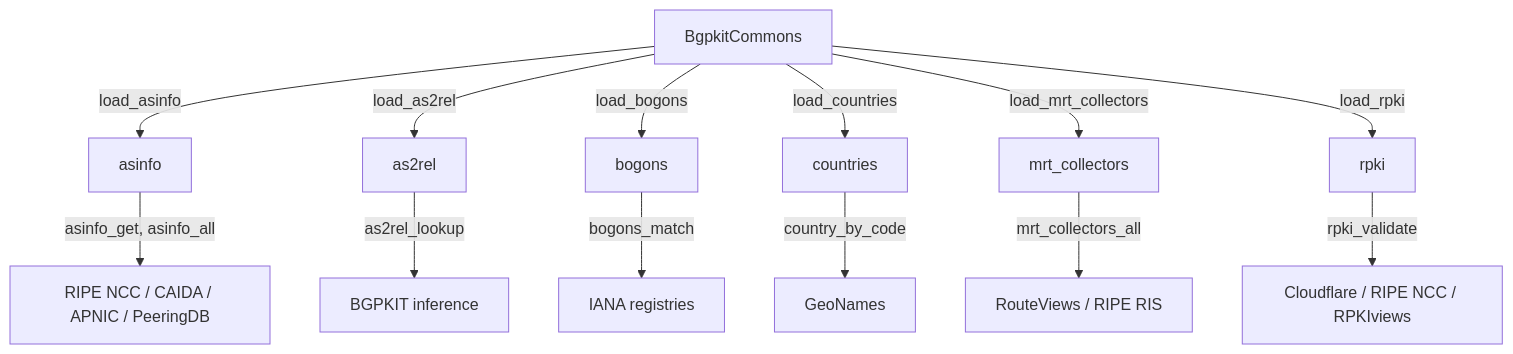
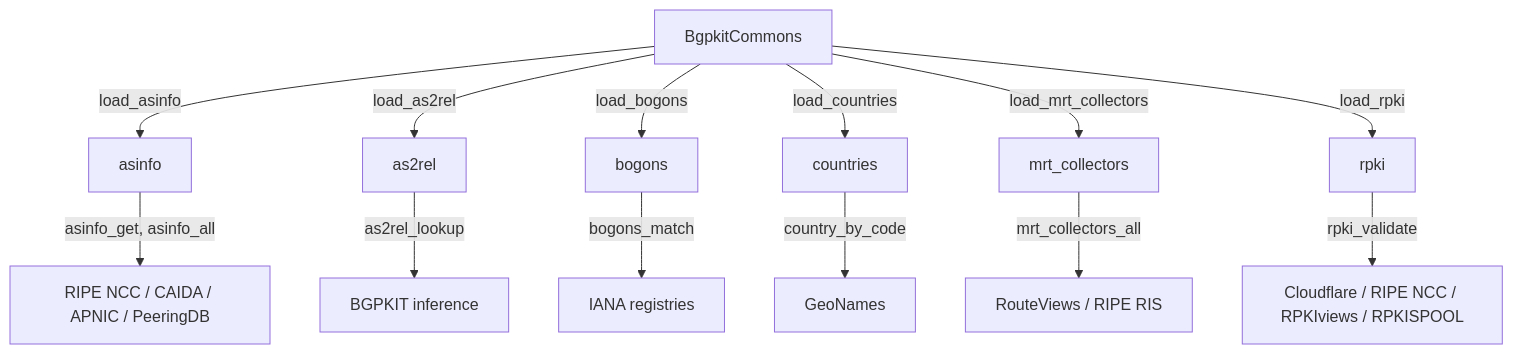
The diagram in README.md (bgpkit/bgpkit-commons), drawn with Mermaid before and after one commit. The commit also changed other lines of this file and 6 other files, not shown here.

````diff
--- a/README.md
+++ b/README.md
@@ -14,18 +14,18 @@
 ```mermaid
 graph TD
     B[BgpkitCommons]
 
     B -->|load_asinfo| M1[asinfo]
     B -->|load_as2rel| M2[as2rel]
     B -->|load_bogons| M3[bogons]
     B -->|load_countries| M4[countries]
     B -->|load_mrt_collectors| M5[mrt_collectors]
     B -->|load_rpki| M6[rpki]
 
     M1 -->|asinfo_get, asinfo_all| A1[RIPE NCC / CAIDA / APNIC / PeeringDB]
     M2 -->|as2rel_lookup| A2[BGPKIT inference]
     M3 -->|bogons_match| A3[IANA registries]
     M4 -->|country_by_code| A4[GeoNames]
     M5 -->|mrt_collectors_all| A5[RouteViews / RIPE RIS]
-    M6 -->|rpki_validate| A6[Cloudflare / RIPE NCC / RPKIviews]
+    M6 -->|rpki_validate| A6[Cloudflare / RIPE NCC / RPKIviews / RPKISPOOL]
 ```
````
